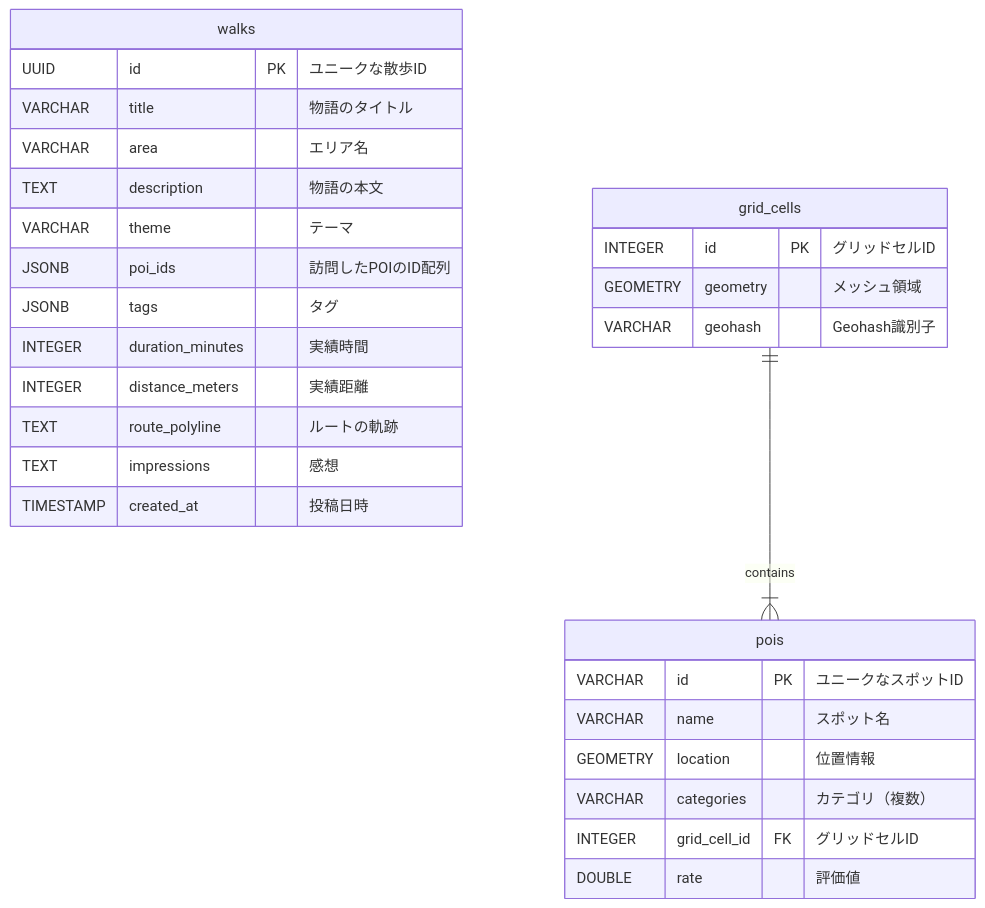
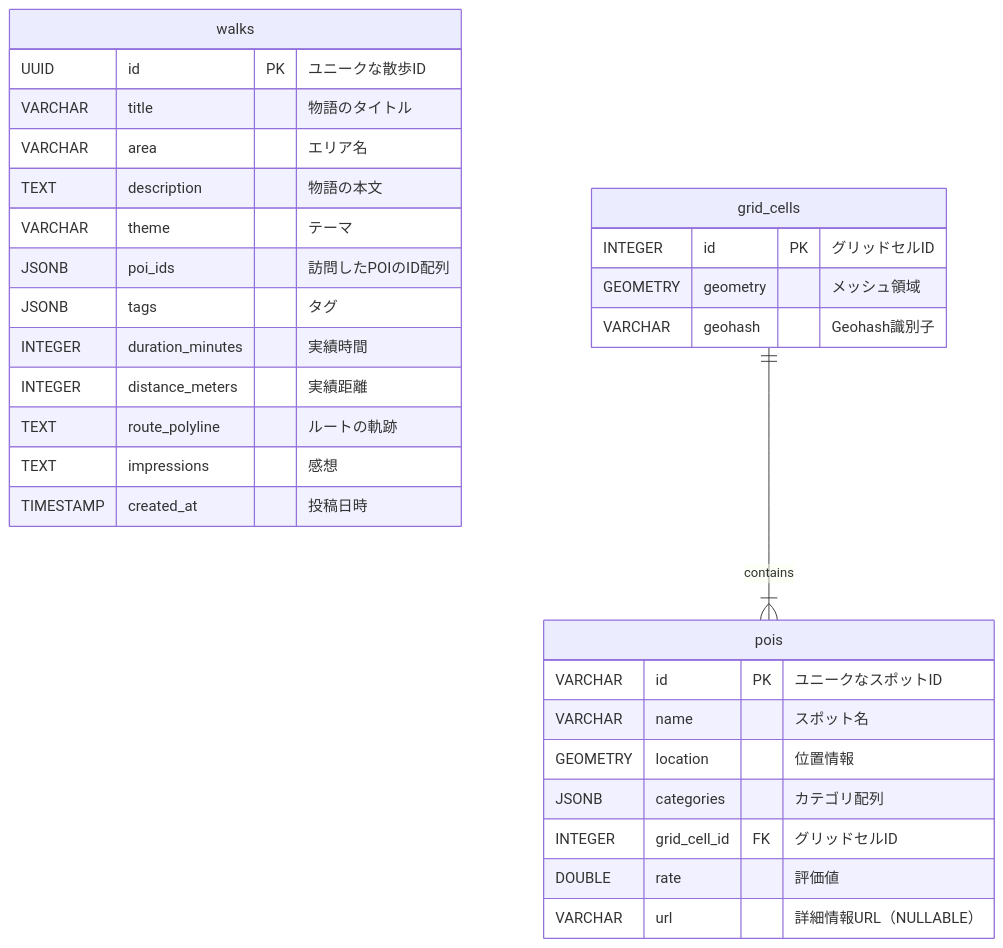
One commit to kaka0913/watnow-hack-team8-backend changed the diagram in docs/api.md. Above: the diagram before and after it, drawn with Mermaid. The commit also changed other lines of this file and 3 other files, not shown here.

````diff
--- a/docs/api.md
+++ b/docs/api.md
@@ -1,34 +1,35 @@
 ```mermaid
 erDiagram
     walks {
         UUID id PK "ユニークな散歩ID"
         VARCHAR title "物語のタイトル"
         VARCHAR area "エリア名"
         TEXT description "物語の本文"
         VARCHAR theme "テーマ"
         JSONB poi_ids "訪問したPOIのID配列"
         JSONB tags "タグ"
         INTEGER duration_minutes "実績時間"
         INTEGER distance_meters "実績距離"
         TEXT route_polyline "ルートの軌跡"
         TEXT impressions "感想"
         TIMESTAMP created_at "投稿日時"
     }
 
     pois {
         VARCHAR id PK "ユニークなスポットID"
         VARCHAR name "スポット名"
         GEOMETRY location "位置情報"
-        VARCHAR categories "カテゴリ（複数）"
+        JSONB categories "カテゴリ配列"
         INTEGER grid_cell_id FK "グリッドセルID"
         DOUBLE rate "評価値"
+        VARCHAR url "詳細情報URL（NULLABLE）"
     }
 
     grid_cells {
         INTEGER id PK "グリッドセルID"
         GEOMETRY geometry "メッシュ領域"
         VARCHAR geohash "Geohash識別子"
     }
 
     grid_cells ||--|{ pois : "contains"
 ```
````
